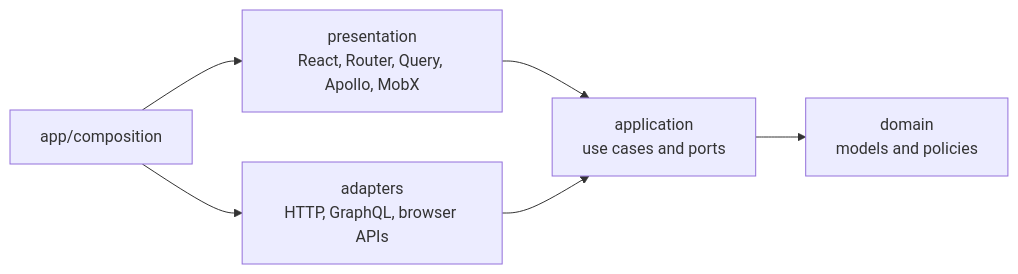
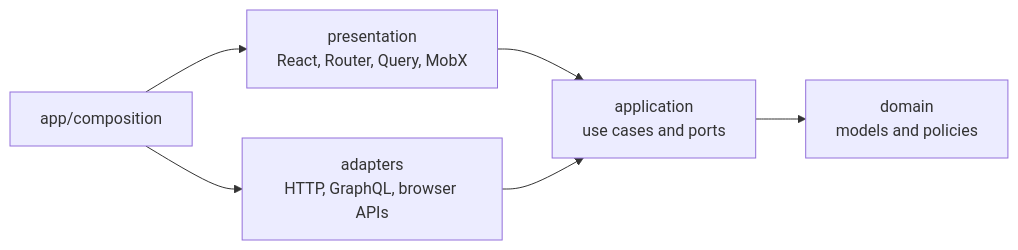
One commit to auauwolff/TaskFlow changed the second of 2 diagrams in README.md. Above: the diagram before and after it, drawn with Mermaid. The commit also changed other lines of this file and 27 other files, not shown here.

First line of the commit message:
refactor: migrate from Apollo Client to custom GraphQL client

````diff
--- a/README.md
+++ b/README.md
@@ -64,8 +64,8 @@
 ```mermaid
 flowchart LR
-    Composition[app/composition] --> Presentation[presentation<br/>React, Router, Query, Apollo, MobX]
+    Composition[app/composition] --> Presentation[presentation<br/>React, Router, Query, MobX]
     Composition --> Adapters[adapters<br/>HTTP, GraphQL, browser APIs]
     Presentation --> Application[application<br/>use cases and ports]
     Adapters --> Application
     Application --> Domain[domain<br/>models and policies]
 ```
````
